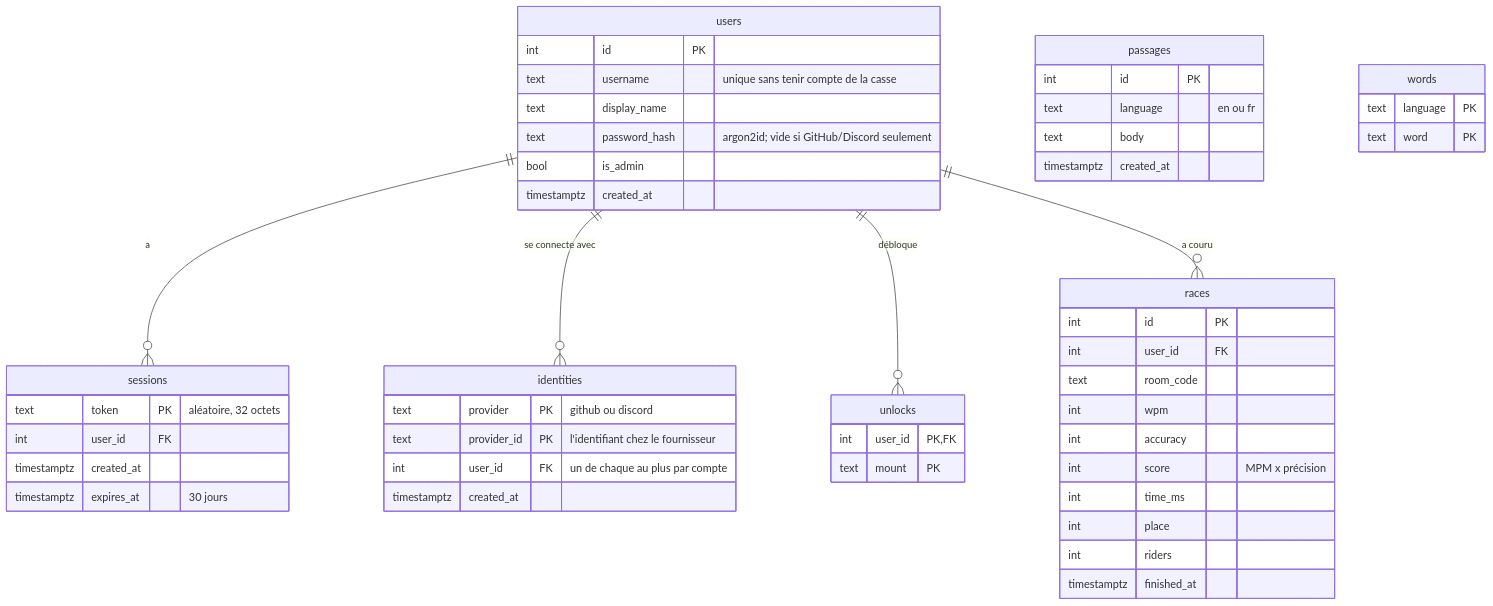
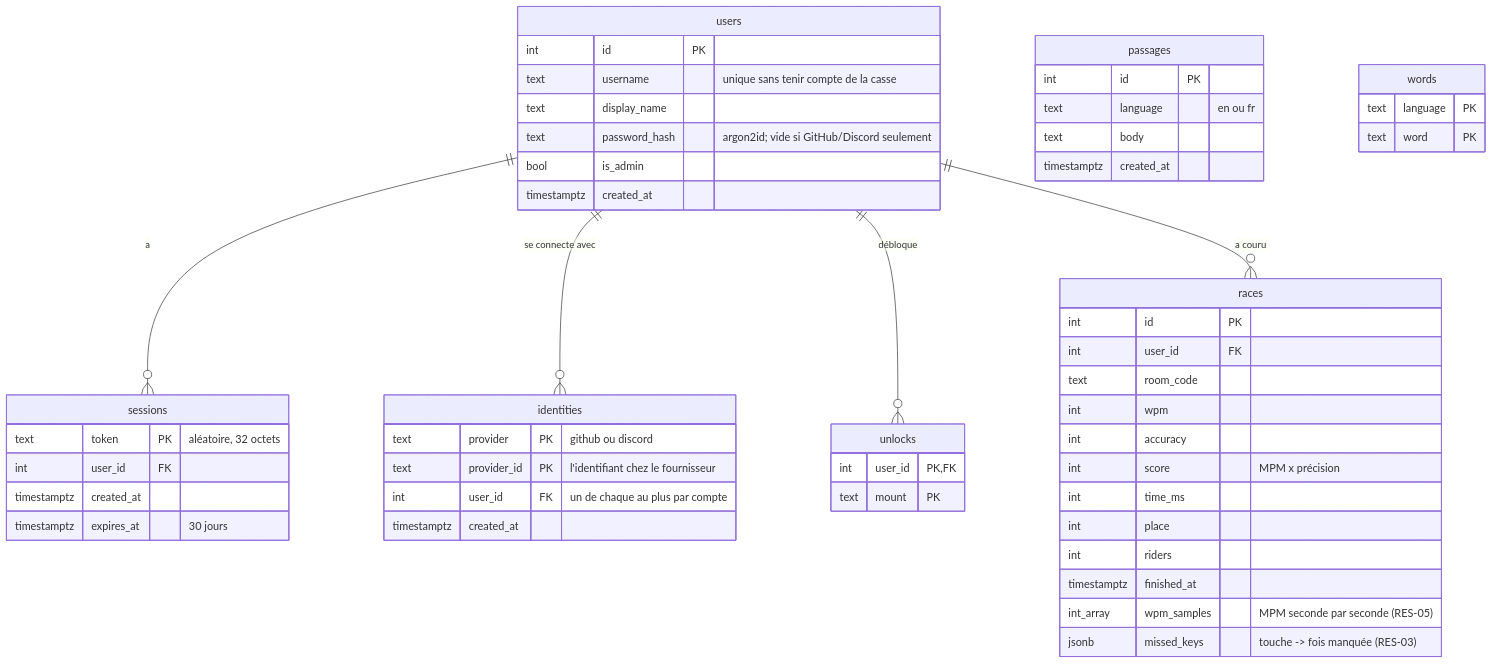
One commit to PBousquet01/TypeRacer changed the second of 4 diagrams in docs/ARCHITECTURE.md. Above: the diagram before and after it, drawn with Mermaid. The commit also changed other lines of this file and 18 other files, not shown here.

First line of the commit message:
RES-03, RES-05: WPM chart and missed-keys heatmap on the results

````diff
--- a/docs/ARCHITECTURE.md
+++ b/docs/ARCHITECTURE.md
@@ -127,53 +127,55 @@
 ```mermaid
 erDiagram
     users ||--o{ sessions : "a"
     users ||--o{ identities : "se connecte avec"
     users ||--o{ unlocks : "débloque"
     users ||--o{ races : "a couru"
     users {
         int id PK
         text username "unique sans tenir compte de la casse"
         text display_name
         text password_hash "argon2id; vide si GitHub/Discord seulement"
         bool is_admin
         timestamptz created_at
     }
     sessions {
         text token PK "aléatoire, 32 octets"
         int user_id FK
         timestamptz created_at
         timestamptz expires_at "30 jours"
     }
     identities {
         text provider PK "github ou discord"
         text provider_id PK "l'identifiant chez le fournisseur"
         int user_id FK "un de chaque au plus par compte"
         timestamptz created_at
     }
     unlocks {
         int user_id PK, FK
         text mount PK
     }
     races {
         int id PK
         int user_id FK
         text room_code
         int wpm
         int accuracy
         int score "MPM x précision"
         int time_ms
         int place
         int riders
         timestamptz finished_at
+        int_array wpm_samples "MPM seconde par seconde (RES-05)"
+        jsonb missed_keys "touche -> fois manquée (RES-03)"
     }
     passages {
         int id PK
         text language "en ou fr"
         text body
         timestamptz created_at
     }
     words {
         text language PK
         text word PK
     }
 ```
````
